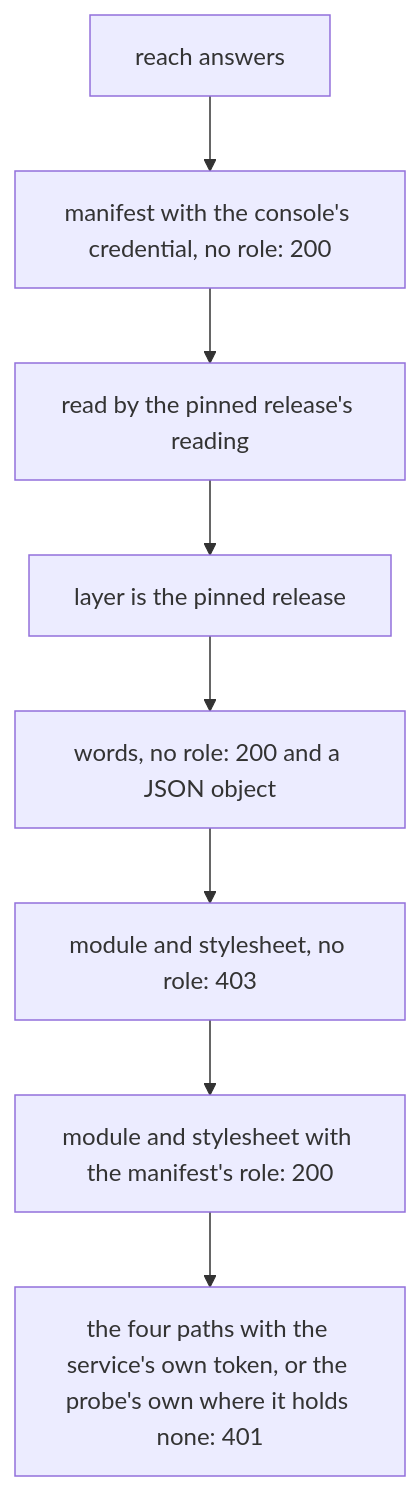
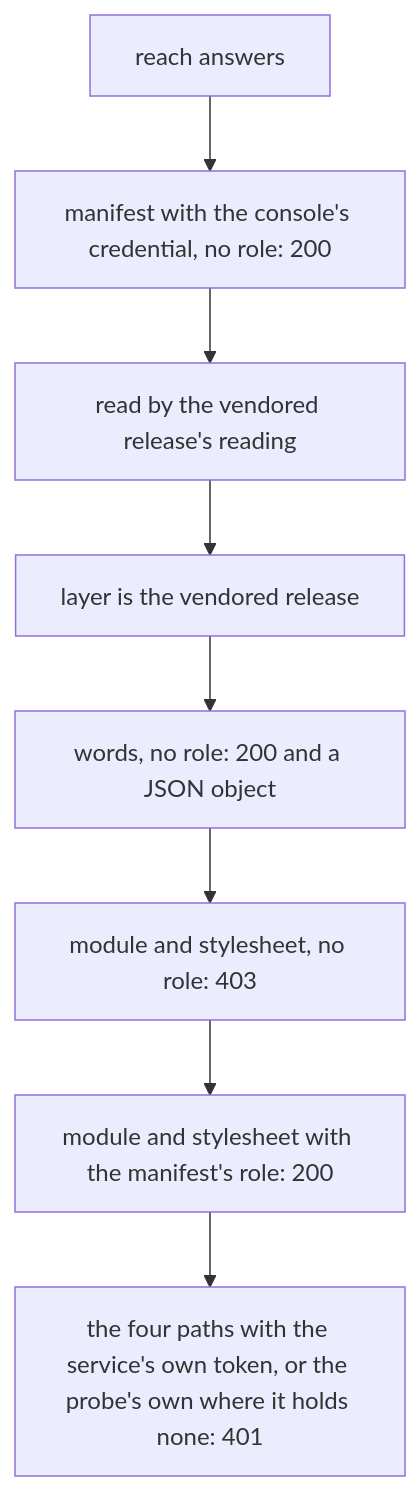
Before and after one commit to ahas/bmo-testbed: the second of 2 diagrams in docs/deploy.md, drawn with Mermaid. The commit also changed other lines of this file and 6 other files, not shown here.

First line of the commit message:
Let the console probe accept a vendored release of the pin's range

````diff
--- a/docs/deploy.md
+++ b/docs/deploy.md
@@ -562,10 +568,10 @@
 ```mermaid
 flowchart TD
   A[reach answers] --> B[manifest with the console's credential, no role: 200]
-  B --> C[read by the pinned release's reading]
-  C --> D[layer is the pinned release]
+  B --> C[read by the vendored release's reading]
+  C --> D[layer is the vendored release]
   D --> E[words, no role: 200 and a JSON object]
   E --> F[module and stylesheet, no role: 403]
   F --> G[module and stylesheet with the manifest's role: 200]
   G --> H[the four paths with the service's own token, or the probe's own where it holds none: 401]
 ```
````
